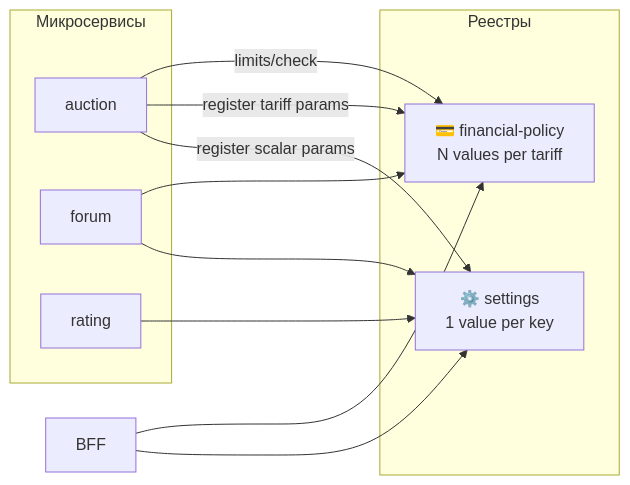
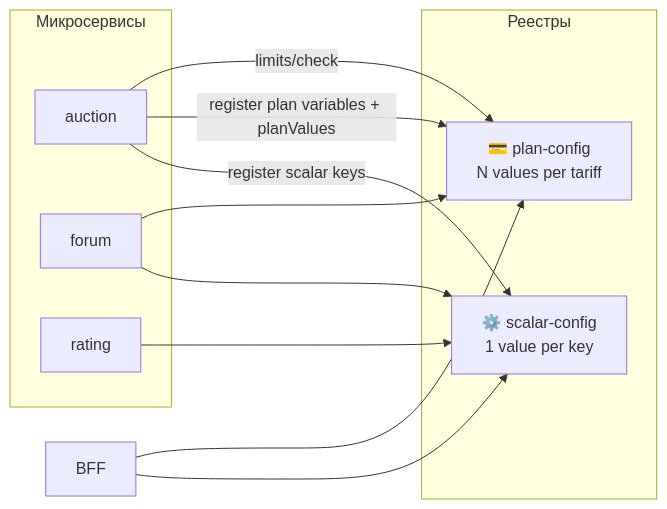
Before and after one commit to andrewb76/tavrida: the diagram in docs/03-architecture/adr/003-settings-vs-financial-policy.md, drawn with Mermaid. The commit also changed other lines of this file and 165 other files, not shown here.

First line of the commit message:
Rename financial-policy and settings to plan-config and scalar-config.

````diff
--- a/docs/03-architecture/adr/003-settings-vs-financial-policy.md
+++ b/docs/03-architecture/adr/003-settings-vs-financial-policy.md
@@ -41,23 +47,23 @@
 ```mermaid
 flowchart LR
     subgraph services [Микросервисы]
         auction
         forum
         rating
     end
 
     subgraph registries [Реестры]
-        settings["⚙️ settings\n1 value per key"]
-        fp["💳 financial-policy\nN values per tariff"]
+        scalar["⚙️ scalar-config\n1 value per key"]
+        plan["💳 plan-config\nN values per tariff"]
     end
 
-    auction -->|register scalar params| settings
-    auction -->|register tariff params| fp
-    forum --> settings
-    forum --> fp
-    rating --> settings
+    auction -->|register scalar keys| scalar
+    auction -->|register plan variables + planValues| plan
+    forum --> scalar
+    forum --> plan
+    rating --> scalar
 
-    BFF --> settings
-    BFF --> fp
-    auction -->|limits/check| fp
+    BFF --> scalar
+    BFF --> plan
+    auction -->|limits/check| plan
 ```
````
